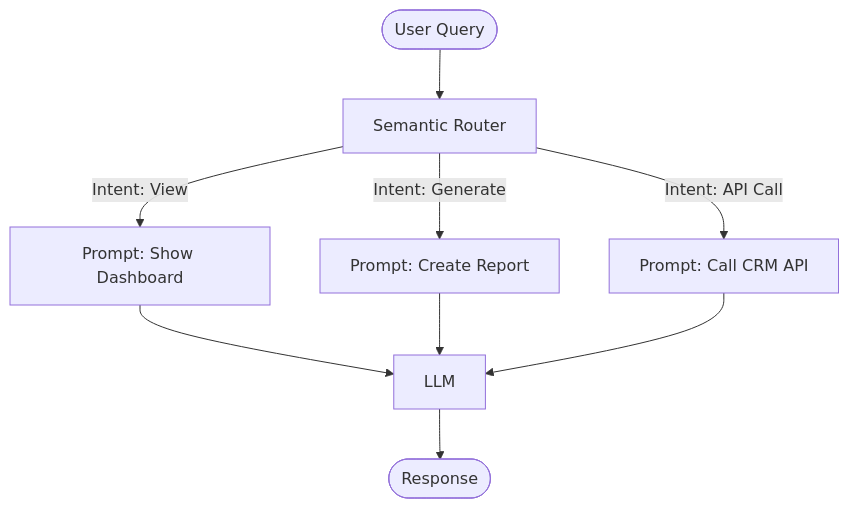
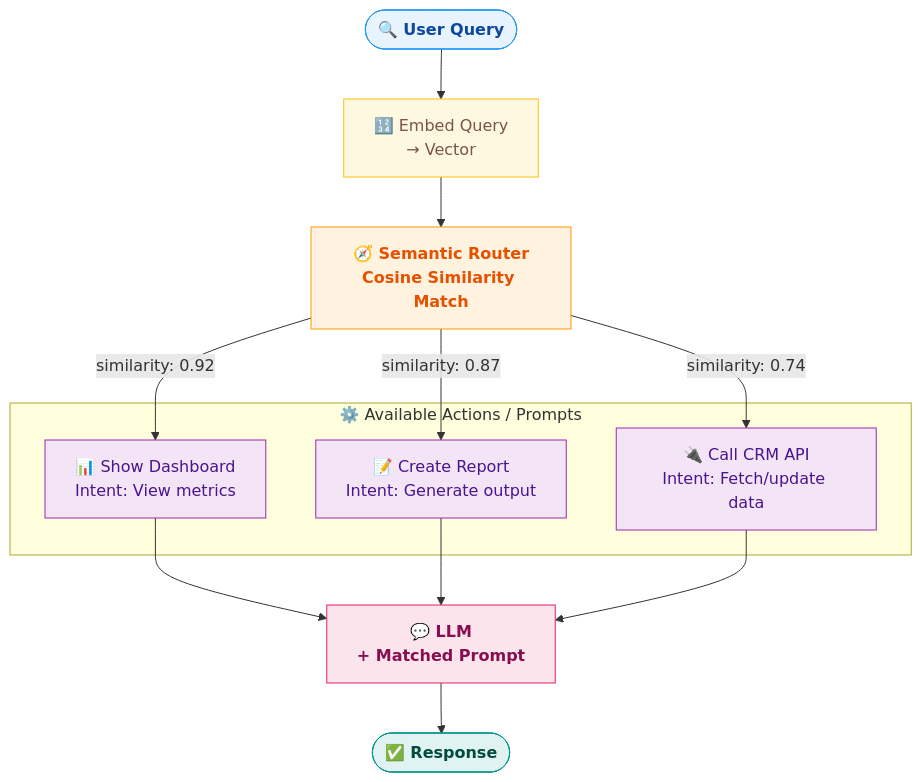
One commit to CodeSahil21/GenAi changed the second of 9 diagrams in Notes/Query_Routing.md. Above: the diagram before and after it, drawn with Mermaid. The commit also changed other lines of this file and 4 other files, not shown here.

Commit message:
Diagram  part was done

````diff
--- a/Notes/Query_Routing.md
+++ b/Notes/Query_Routing.md
@@ -158,11 +174,28 @@
 ```mermaid
 flowchart TD
-    Q([User Query]) --> SR["Semantic Router"]
-    SR -->|"Intent: View"| P1["Prompt: Show Dashboard"]
-    SR -->|"Intent: Generate"| P2["Prompt: Create Report"]
-    SR -->|"Intent: API Call"| P3["Prompt: Call CRM API"]
-    P1 --> LLM
+    Q(["🔍 User Query"]):::input --> Embed["🔢 Embed Query\n→ Vector"]:::step
+    Embed --> SR["🧭 Semantic Router\nCosine Similarity Match"]:::router
+
+    subgraph Actions [" ⚙️ Available Actions / Prompts "]
+        P1["📊 Show Dashboard\nIntent: View metrics"]:::action
+        P2["📝 Create Report\nIntent: Generate output"]:::action
+        P3["🔌 Call CRM API\nIntent: Fetch/update data"]:::action
+    end
+
+    SR -->|"similarity: 0.92"| P1
+    SR -->|"similarity: 0.87"| P2
+    SR -->|"similarity: 0.74"| P3
+
+    P1 --> LLM["💬 LLM\n+ Matched Prompt"]:::llm
     P2 --> LLM
     P3 --> LLM
-    LLM --> Answer([Response])
+
+    LLM --> Answer(["✅ Response"]):::output
+
+    classDef input   fill:#e8f4fd,stroke:#2196F3,color:#0d47a1,font-weight:bold
+    classDef step    fill:#fff8e1,stroke:#FFC107,color:#795548
+    classDef router  fill:#fff3e0,stroke:#FF9800,color:#e65100,font-weight:bold
+    classDef action  fill:#f3e5f5,stroke:#9C27B0,color:#4a148c
+    classDef llm     fill:#fce4ec,stroke:#E91E63,color:#880e4f,font-weight:bold
+    classDef output  fill:#e0f2f1,stroke:#009688,color:#004d40,font-weight:bold
 ```
````
